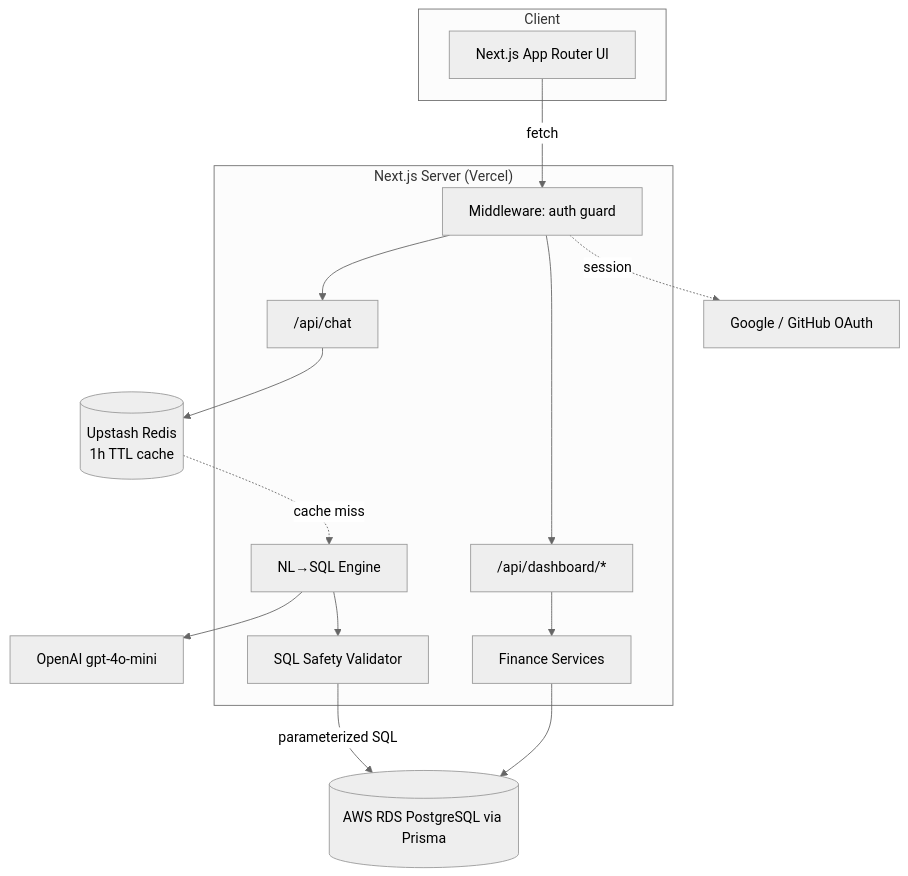
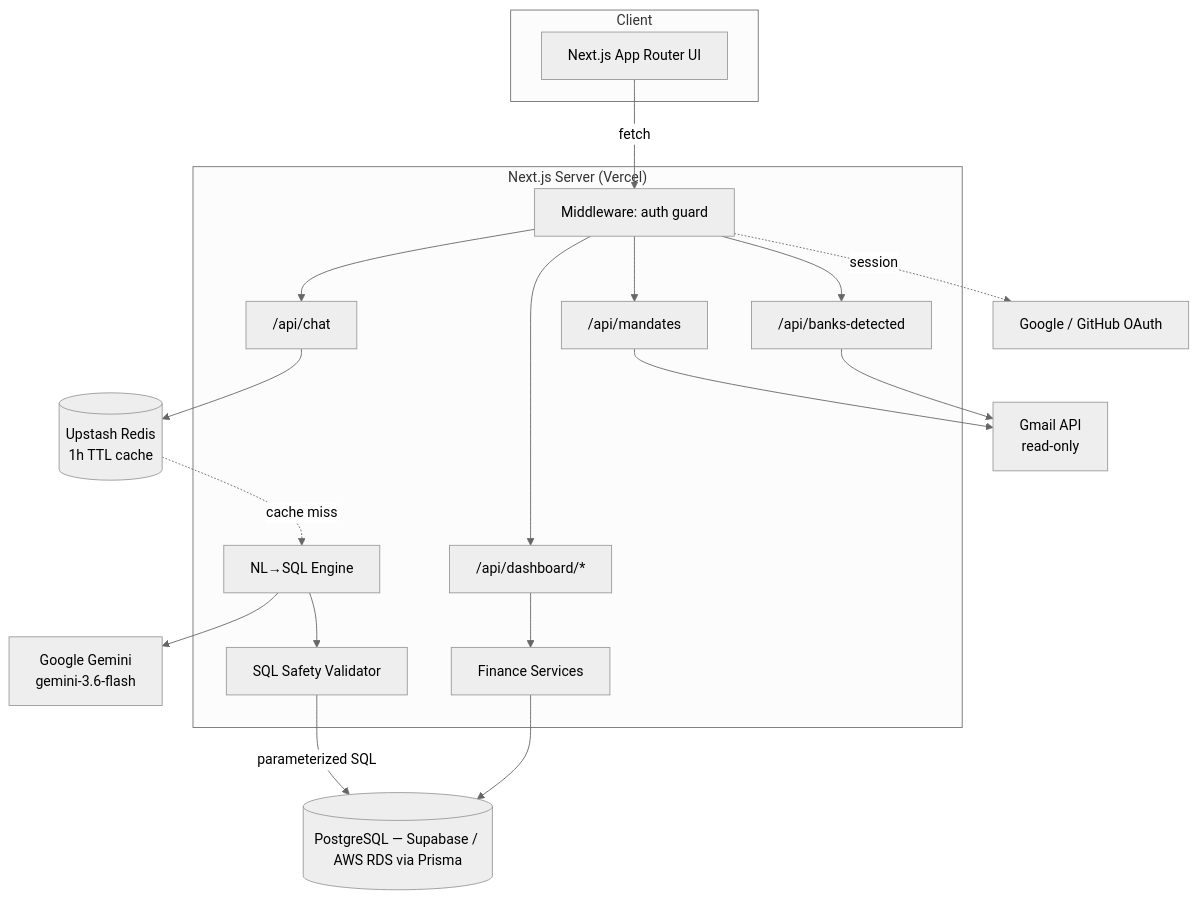
Before and after one commit to Chiiraag11/CashChat: the diagram in README.md, drawn with Mermaid (neutral theme). The commit also changed other lines of this file and 2 other files, not shown here.

````diff
--- a/README.md
+++ b/README.md
@@ -35,31 +67,38 @@
 ```mermaid
 flowchart TD
     subgraph Client
         UI[Next.js App Router UI]
     end
 
     subgraph "Next.js Server (Vercel)"
         MW[Middleware: auth guard]
         API_CHAT["/api/chat"]
         API_DASH["/api/dashboard/*"]
+        API_MAND["/api/mandates"]
+        API_BANKS["/api/banks-detected"]
         NLSQL[NL→SQL Engine]
         VALIDATOR[SQL Safety Validator]
         SVC[Finance Services]
     end
 
-    DB[(AWS RDS PostgreSQL via Prisma)]
+    DB[(PostgreSQL — Supabase / AWS RDS via Prisma)]
     REDIS[(Upstash Redis<br/>1h TTL cache)]
-    OPENAI[OpenAI gpt-4o-mini]
+    GEMINI[Google Gemini<br/>gemini-3.6-flash]
     OAUTH[Google / GitHub OAuth]
+    GMAIL[Gmail API<br/>read-only]
 
     UI -->|fetch| MW
     MW --> API_CHAT
     MW --> API_DASH
+    MW --> API_MAND
+    MW --> API_BANKS
     API_CHAT --> REDIS
     REDIS -.cache miss.-> NLSQL
-    NLSQL --> OPENAI
+    NLSQL --> GEMINI
     NLSQL --> VALIDATOR
     VALIDATOR -->|parameterized SQL| DB
     API_DASH --> SVC --> DB
+    API_MAND --> GMAIL
+    API_BANKS --> GMAIL
     MW -.session.-> OAUTH
 ```
````
